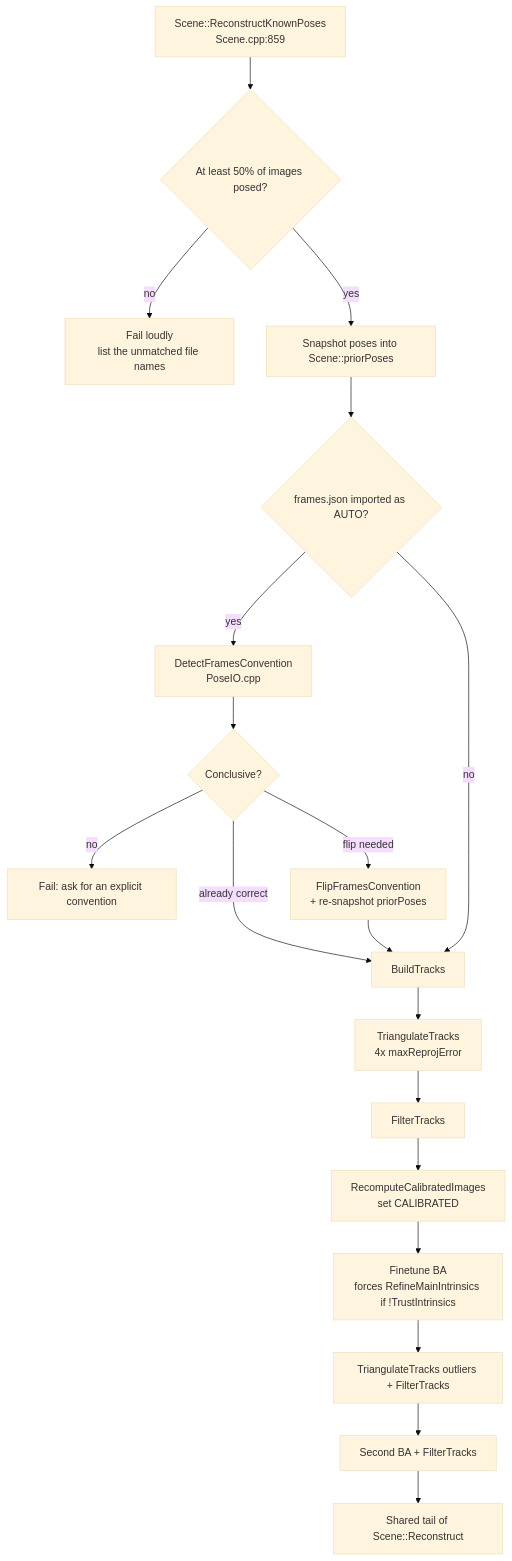
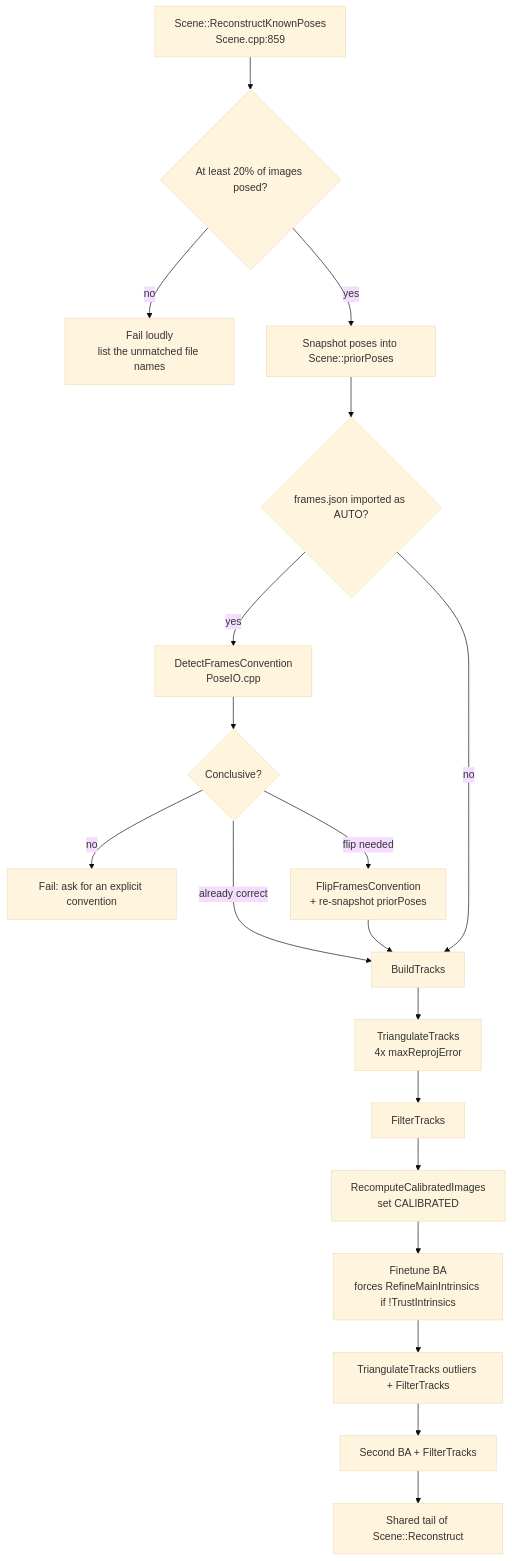
Before and after one commit to cdcseacave/openMVS: the second of 10 diagrams in docs/pipeline-traces.md, drawn with Mermaid (base theme). The commit also changed 11 other files, not shown here.

````diff
--- a/docs/pipeline-traces.md
+++ b/docs/pipeline-traces.md
@@ -158,21 +158,21 @@
 ```mermaid
 graph TD
-    A[Scene::ReconstructKnownPoses<br/>Scene.cpp:859] --> B{At least 50% of images posed?}
+    A[Scene::ReconstructKnownPoses<br/>Scene.cpp:859] --> B{At least 20% of images posed?}
     B -->|no| B1[Fail loudly<br/>list the unmatched file names]
     B -->|yes| C[Snapshot poses into Scene::priorPoses]
     C --> D{frames.json imported as AUTO?}
     D -->|yes| E[DetectFramesConvention<br/>PoseIO.cpp]
     E --> E1{Conclusive?}
     E1 -->|no| E2[Fail: ask for an explicit convention]
     E1 -->|flip needed| E3[FlipFramesConvention<br/>+ re-snapshot priorPoses]
     E1 -->|already correct| F
     E3 --> F
     D -->|no| F
     F[BuildTracks] --> G[TriangulateTracks<br/>4x maxReprojError]
     G --> H[FilterTracks]
     H --> I[RecomputeCalibratedImages<br/>set CALIBRATED]
     I --> J[Finetune BA<br/>forces RefineMainIntrinsics if !TrustIntrinsics]
     J --> K[TriangulateTracks outliers + FilterTracks]
     K --> L[Second BA + FilterTracks]
     L --> M[Shared tail of Scene::Reconstruct]
 ```
````
